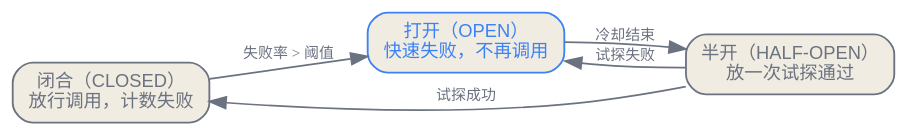
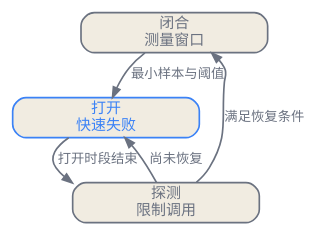
One commit to latere-ai/ai-as-an-infrastructure changed the third of 3 diagrams in zh/practice/10-reliability-nondeterministic.qmd. Above: the diagram before and after it, drawn with Graphviz. The commit also changed other lines of this file and 4 other files, not shown here.

````diff
--- a/zh/practice/10-reliability-nondeterministic.qmd
+++ b/zh/practice/10-reliability-nondeterministic.qmd
@@ -109,19 +201,19 @@
 ```{dot}
 //| label: fig-reliability-breaker
-//| fig-cap: "熔断器是一个挡在失败依赖前面的三态机。CLOSED 放行调用并计数失败；一旦失败率越过阈值它就跳到 OPEN、快速失败而不再调用；冷却之后它转入 HALF-OPEN、放一次试探通过，成功则闭合，失败则重新打开。"
+//| fig-cap: "熔断器限制对故障依赖的调用。它的转换策略包括测量窗口与最小样本、有界的打开时段、受限探测，以及明确的恢复条件。"
 digraph breaker {
-  rankdir=LR;
   bgcolor="transparent";
-  node [shape=box, style="rounded,filled", fontname="Helvetica", fontsize=11, color="#6b7280", fontcolor="#6b7280", fillcolor="#f1ece1", penwidth=1.1];
-  edge [color="#6b7280", fontcolor="#6b7280", fontsize=9];
-
-  closed [label="闭合（CLOSED）\n放行调用，计数失败"];
-  open   [label="打开（OPEN）\n快速失败，不再调用", color="#3b82f6", fontcolor="#3b82f6"];
-  half   [label="半开（HALF-OPEN）\n放一次试探通过"];
-
-  closed -> open  [label="失败率 > 阈值"];
-  open   -> half  [label="冷却结束"];
-  half   -> closed [label="试探成功"];
-  half   -> open  [label="试探失败"];
+  size="3.0,8.0";
+  rankdir=TB;
+  nodesep=0.18; ranksep=0.25;
+  node [shape=box, style="rounded,filled", fontname="Helvetica", fontsize=9, color="#6b7280", fontcolor="#6b7280", fillcolor="#f1ece1", width=1.55, height=0.34, margin="0.05,0.03"];
+  edge [fontname="Helvetica", fontsize=8, color="#6b7280", fontcolor="#6b7280", arrowsize=0.6];
+  closed [label="闭合\n测量窗口"];
+  open [label="打开\n快速失败", color="#3b82f6", fontcolor="#3b82f6"];
+  probe [label="探测\n限制调用"];
+  closed -> open [label="最小样本与阈值"];
+  open -> probe [label="打开时段结束"];
+  probe -> closed [label="满足恢复条件"];
+  probe -> open [label="尚未恢复"];
 }
 ```
````
